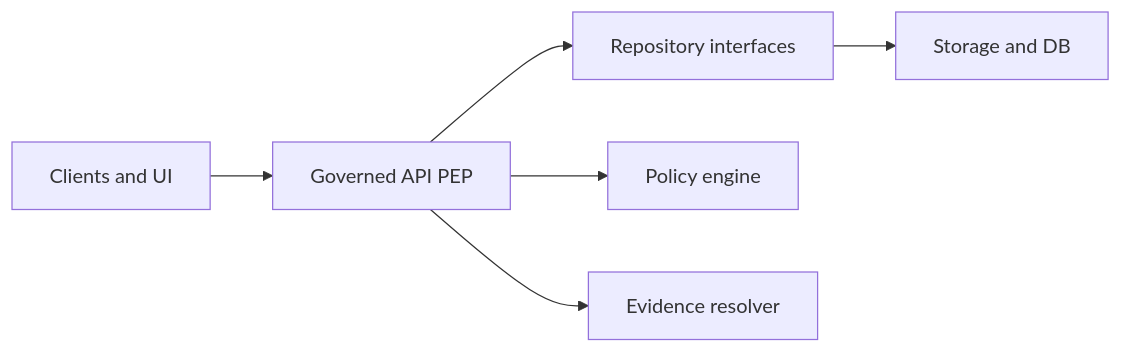
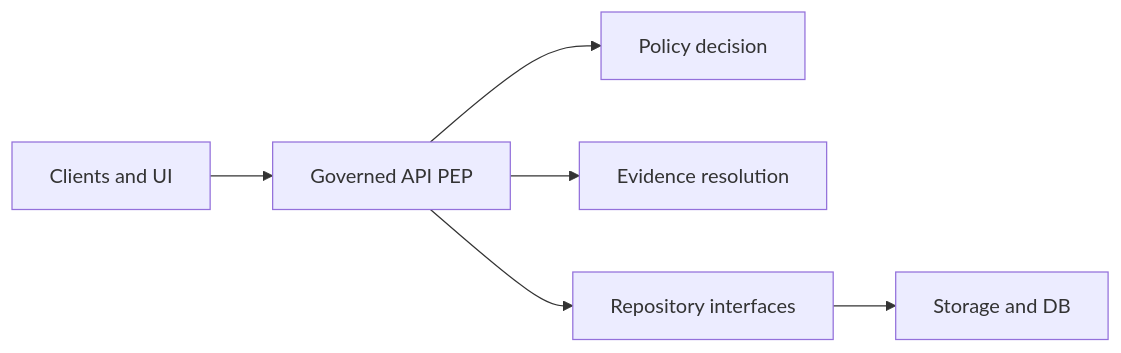
Before and after one commit to bartytime4life/Kansas-Frontier-Matrix: the second of 3 diagrams in docs/README.md, drawn with Mermaid. The commit also changed other lines of this file, not shown here.

````diff
--- a/docs/README.md
+++ b/docs/README.md
@@ -110,8 +157,8 @@
 ```mermaid
 flowchart LR
   C[Clients and UI] --> PEP[Governed API PEP]
+  PEP --> PDP[Policy decision]
+  PEP --> ER[Evidence resolution]
   PEP --> REPO[Repository interfaces]
   REPO --> S[Storage and DB]
-  PEP --> PDP[Policy engine]
-  PEP --> ER[Evidence resolver]
 ```
````
